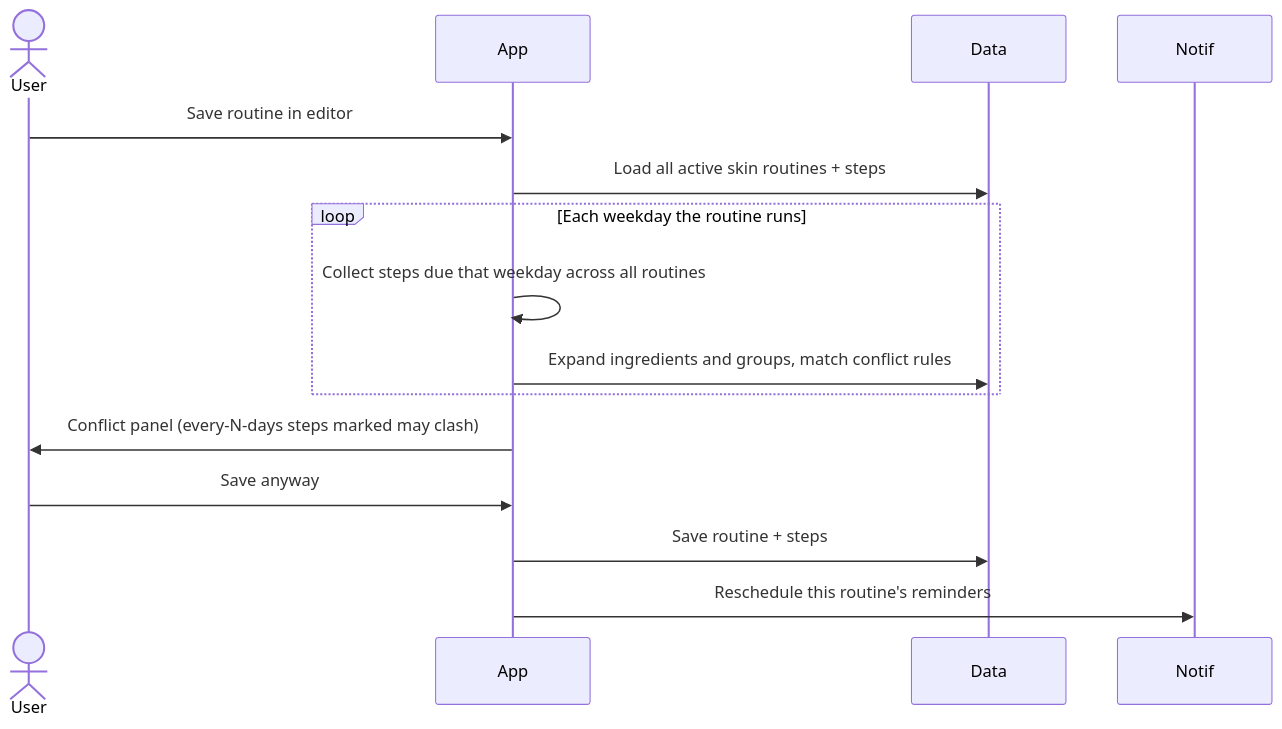
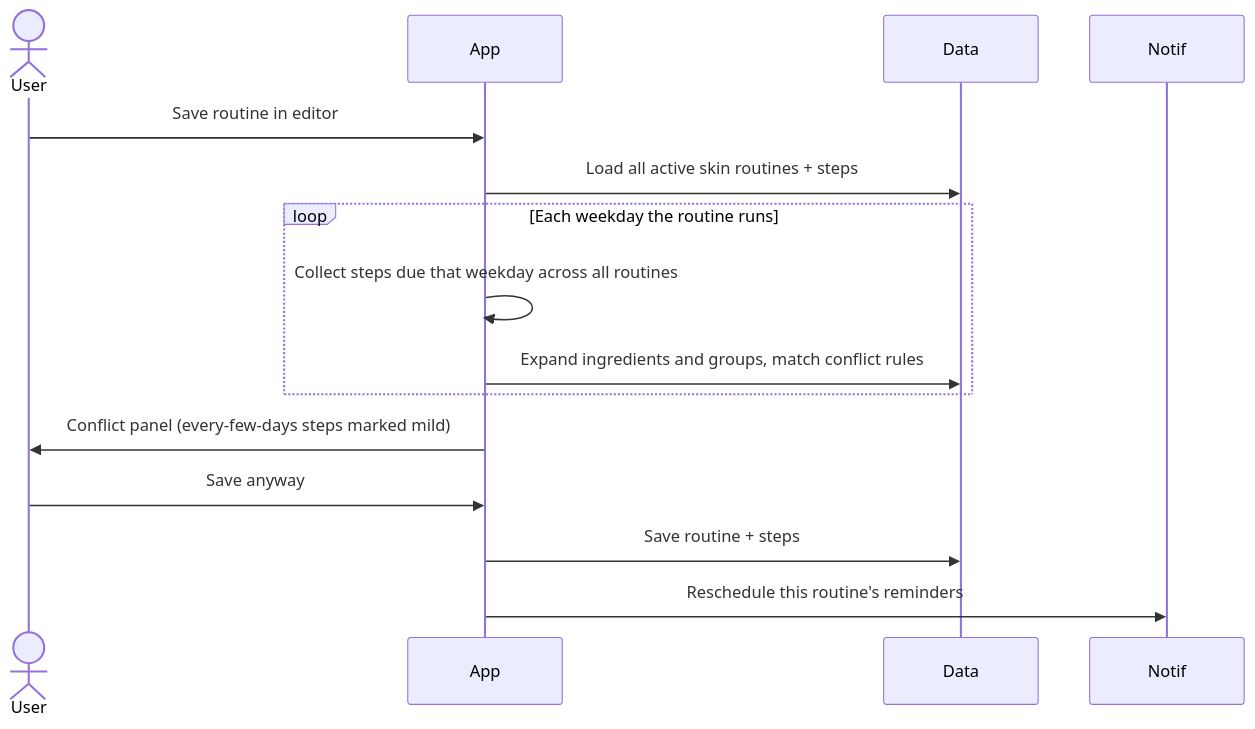
The sixth of 10 diagrams in docs/feature-spec.md (Justxs/Jx-Care), drawn with Mermaid before and after one commit. The commit also changed other lines of this file, not shown here.

````diff
--- a/docs/feature-spec.md
+++ b/docs/feature-spec.md
@@ -565,17 +622,17 @@
 ```mermaid
 sequenceDiagram
   actor U as User
   participant A as App
   participant D as Data
   participant N as Notif
   U->>A: Save routine in editor
   A->>D: Load all active skin routines + steps
   loop Each weekday the routine runs
     A->>A: Collect steps due that weekday across all routines
     A->>D: Expand ingredients and groups, match conflict rules
   end
-  A->>U: Conflict panel (every-N-days steps marked may clash)
+  A->>U: Conflict panel (every-few-days steps marked mild)
   U->>A: Save anyway
   A->>D: Save routine + steps
   A->>N: Reschedule this routine's reminders
 ```
````
